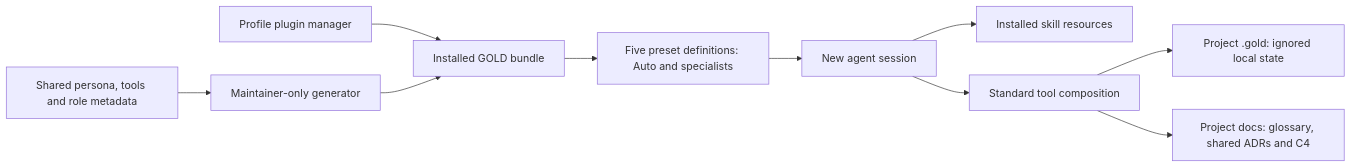
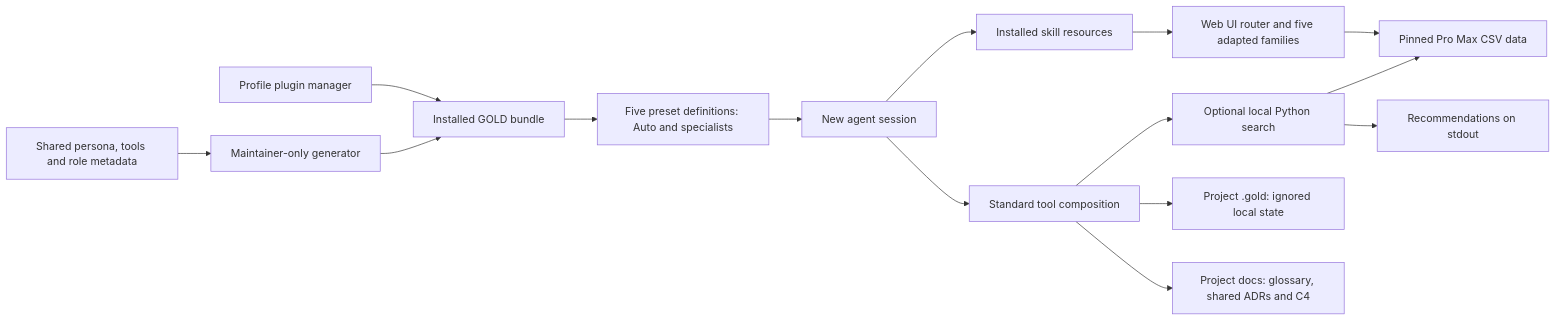
The second of 3 diagrams in docs/architecture/c4.md (bigunmd/gold), drawn with Mermaid before and after one commit. The commit also changed other lines of this file and 68 other files, not shown here.

````diff
--- a/docs/architecture/c4.md
+++ b/docs/architecture/c4.md
@@ -18,12 +18,17 @@
 ```mermaid
 flowchart LR
   PM[Profile plugin manager] --> B[Installed GOLD bundle]
   SRC[Shared persona, tools and role metadata] --> GEN[Maintainer-only generator]
   GEN --> B
   B --> P[Five preset definitions: Auto and specialists]
   P --> A[New agent session]
   A --> S[Installed skill resources]
   A --> T[Standard tool composition]
+  S --> UI[Web UI router and five adapted families]
+  T --> PY[Optional local Python search]
+  UI --> CSV[Pinned Pro Max CSV data]
+  PY --> CSV
+  PY --> OUT[Recommendations on stdout]
   T --> L[Project .gold: ignored local state]
   T --> D[Project docs: glossary, shared ADRs and C4]
 ```
````
